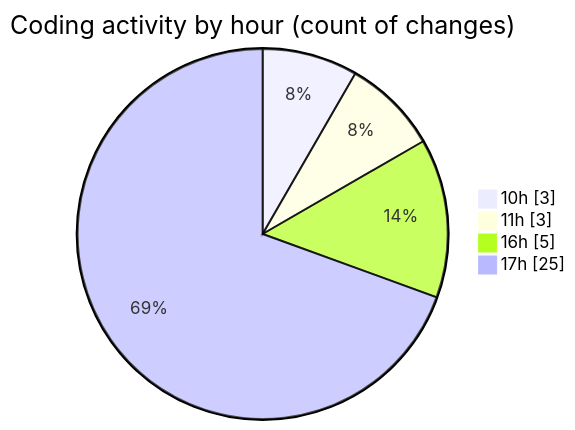
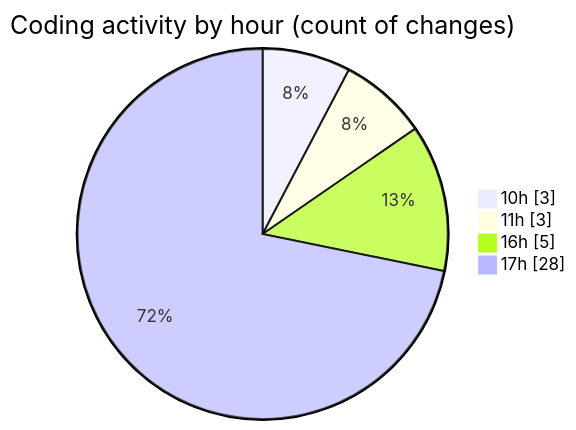
The second of 2 diagrams in 2025-02-26/micros/README.md (charlie-sans/code-tracking), drawn with Mermaid before and after one commit. The commit also changed other lines of this file and 1 other file, not shown here.

````diff
--- a/2025-02-26/micros/README.md
+++ b/2025-02-26/micros/README.md
@@ -37,8 +37,8 @@
 ```mermaid
 pie showData
 title Coding activity by hour (count of changes)
 "10h" : 3
 "11h" : 3
 "16h" : 5
-"17h" : 25
+"17h" : 28
 ```
````
